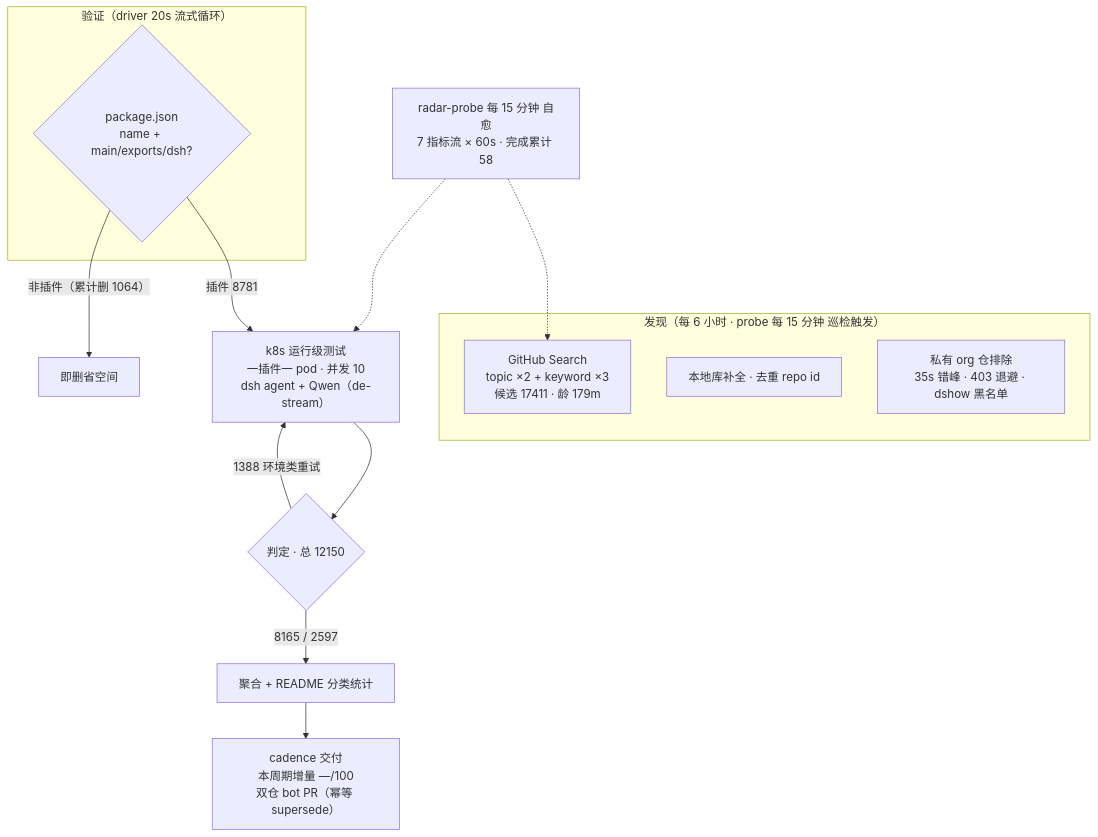
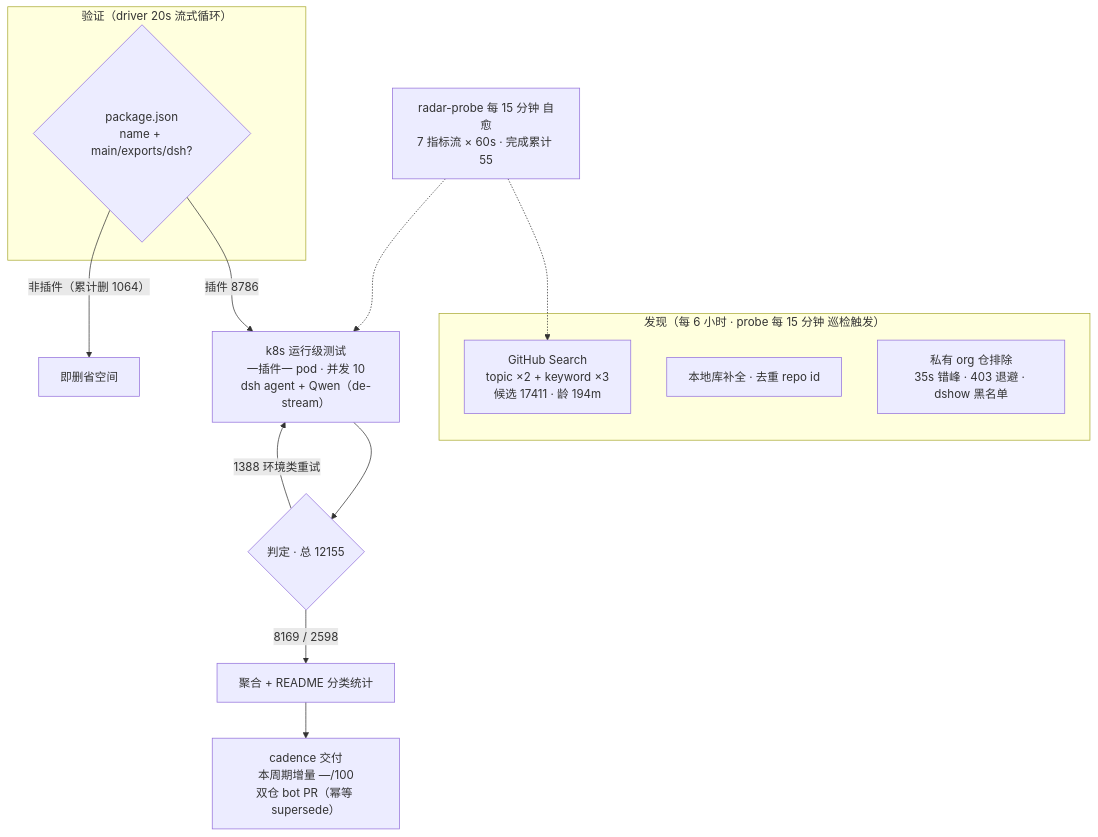
Before and after one commit to Zhidao-Lab-OSS/awesome-dsh-plugins: the diagram in README.md, drawn with Mermaid. The commit also changed other lines of this file and 1 other file, not shown here.

````diff
--- a/README.md
+++ b/README.md
@@ -52,20 +52,20 @@
 ```mermaid
 flowchart TB
     subgraph Discovery["发现（每 6 小时 · probe 每 15 分钟 巡检触发）"]
-        A1["GitHub Search<br/>topic ×2 + keyword ×3<br/>候选 17411 · 龄 179m"]
+        A1["GitHub Search<br/>topic ×2 + keyword ×3<br/>候选 17411 · 龄 194m"]
         A2["本地库补全 · 去重 repo id"]
         A3["私有 org 仓排除<br/>35s 错峰 · 403 退避 · dshow 黑名单"]
     end
     subgraph Validation["验证（driver 20s 流式循环）"]
         B1{"package.json<br/>name + main/exports/dsh?"}
     end
-    B1 -->|"插件 8781"| C1["k8s 运行级测试<br/>一插件一 pod · 并发 10<br/>dsh agent + Qwen（de-stream）"]
+    B1 -->|"插件 8786"| C1["k8s 运行级测试<br/>一插件一 pod · 并发 10<br/>dsh agent + Qwen（de-stream）"]
     B1 -->|"非插件（累计删 1064）"| B3["即删省空间"]
-    C1 --> D1{"判定 · 总 12150"}
-    D1 -->|"8165 / 2597"| E1["聚合 + README 分类统计"]
+    C1 --> D1{"判定 · 总 12155"}
+    D1 -->|"8169 / 2598"| E1["聚合 + README 分类统计"]
     D1 -->|"1388 环境类重试"| C1
     E1 --> E2["cadence 交付<br/>本周期增量 —/100<br/>双仓 bot PR（幂等 supersede）"]
-    M["radar-probe 每 15 分钟 自愈<br/>7 指标流 × 60s · 完成累计 58"]
+    M["radar-probe 每 15 分钟 自愈<br/>7 指标流 × 60s · 完成累计 55"]
     M -.-> A1
     M -.-> C1
 ```
````
